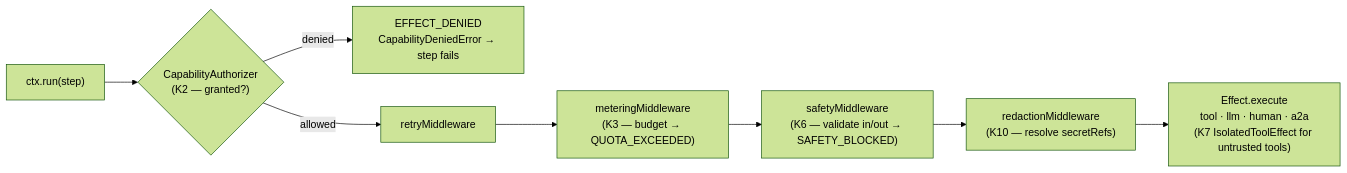
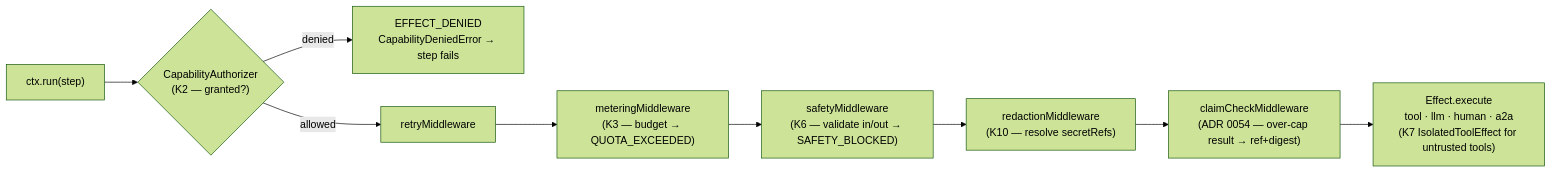
Before and after one commit to chhetrisushil/loom: the seventh of 12 diagrams in docs/architecture.md, drawn with Mermaid (forest theme). The commit also changed other lines of this file and 19 other files, not shown here.

First line of the commit message:
docs(w9): sync docs/spec/diagrams/examples with the perpetual-agents series; relabel pin seam K10.5→K10.6

````diff
--- a/docs/architecture.md
+++ b/docs/architecture.md
@@ -253,10 +253,11 @@
 ```mermaid
 flowchart LR
   Call["ctx.run(step)"] --> Auth{"CapabilityAuthorizer<br/>(K2 — granted?)"}
   Auth -->|denied| Deny["EFFECT_DENIED<br/>CapabilityDeniedError → step fails"]
   Auth -->|allowed| M1["retryMiddleware"]
   M1 --> M2["meteringMiddleware<br/>(K3 — budget → QUOTA_EXCEEDED)"]
   M2 --> M3["safetyMiddleware<br/>(K6 — validate in/out → SAFETY_BLOCKED)"]
   M3 --> M4["redactionMiddleware<br/>(K10 — resolve secretRefs)"]
-  M4 --> Eff["Effect.execute<br/>tool · llm · human · a2a<br/>(K7 IsolatedToolEffect for untrusted tools)"]
+  M4 --> M5["claimCheckMiddleware<br/>(ADR 0054 — over-cap result → ref+digest)"]
+  M5 --> Eff["Effect.execute<br/>tool · llm · human · a2a<br/>(K7 IsolatedToolEffect for untrusted tools)"]
 ```
````
